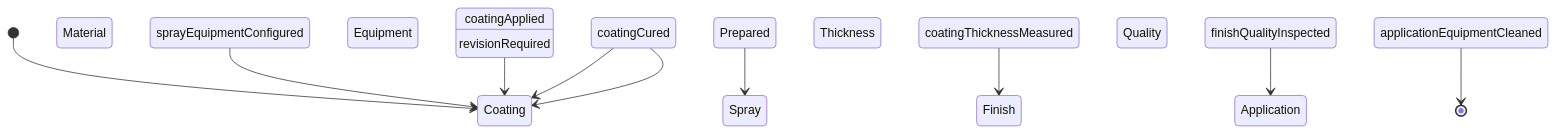
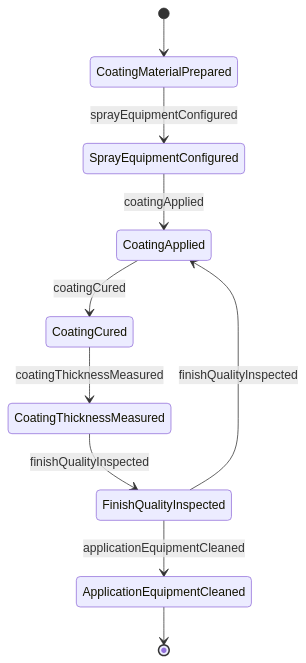
The second of 4 diagrams in ControllingMachinesAndProcesses/OperateIndustrialProcessingOrProductionEquipment/OperatePaintingCoatingEquipment.mdx (dot-org-ai/tasks.org.ai), drawn with Mermaid before and after one commit. The commit also changed other lines of this file and 515 other files, not shown here.

````diff
--- a/ControllingMachinesAndProcesses/OperateIndustrialProcessingOrProductionEquipment/OperatePaintingCoatingEquipment.mdx
+++ b/ControllingMachinesAndProcesses/OperateIndustrialProcessingOrProductionEquipment/OperatePaintingCoatingEquipment.mdx
@@ -99,12 +99,12 @@
 ```mermaid
 stateDiagram-v2
-    [*] --> Coating Material Prepared
-    Coating Material Prepared --> Spray Equipment Configured : sprayEquipmentConfigured
-    Spray Equipment Configured --> Coating Applied : coatingApplied
-    Coating Applied --> Coating Cured : coatingCured
-    Coating Cured --> Coating Thickness Measured : coatingThicknessMeasured
-    Coating Thickness Measured --> Finish Quality Inspected : finishQualityInspected
-    Finish Quality Inspected --> Application Equipment Cleaned : applicationEquipmentCleaned
-    Coating Cured --> Coating Applied : revisionRequired
-    Application Equipment Cleaned --> [*]
+    [*] --> CoatingMaterialPrepared
+    CoatingMaterialPrepared --> SprayEquipmentConfigured : sprayEquipmentConfigured
+    SprayEquipmentConfigured --> CoatingApplied : coatingApplied
+    CoatingApplied --> CoatingCured : coatingCured
+    CoatingCured --> CoatingThicknessMeasured : coatingThicknessMeasured
+    CoatingThicknessMeasured --> FinishQualityInspected : finishQualityInspected
+    FinishQualityInspected --> ApplicationEquipmentCleaned : applicationEquipmentCleaned
+    FinishQualityInspected --> CoatingApplied : finishQualityInspected
+    ApplicationEquipmentCleaned --> [*]
 ```
````
